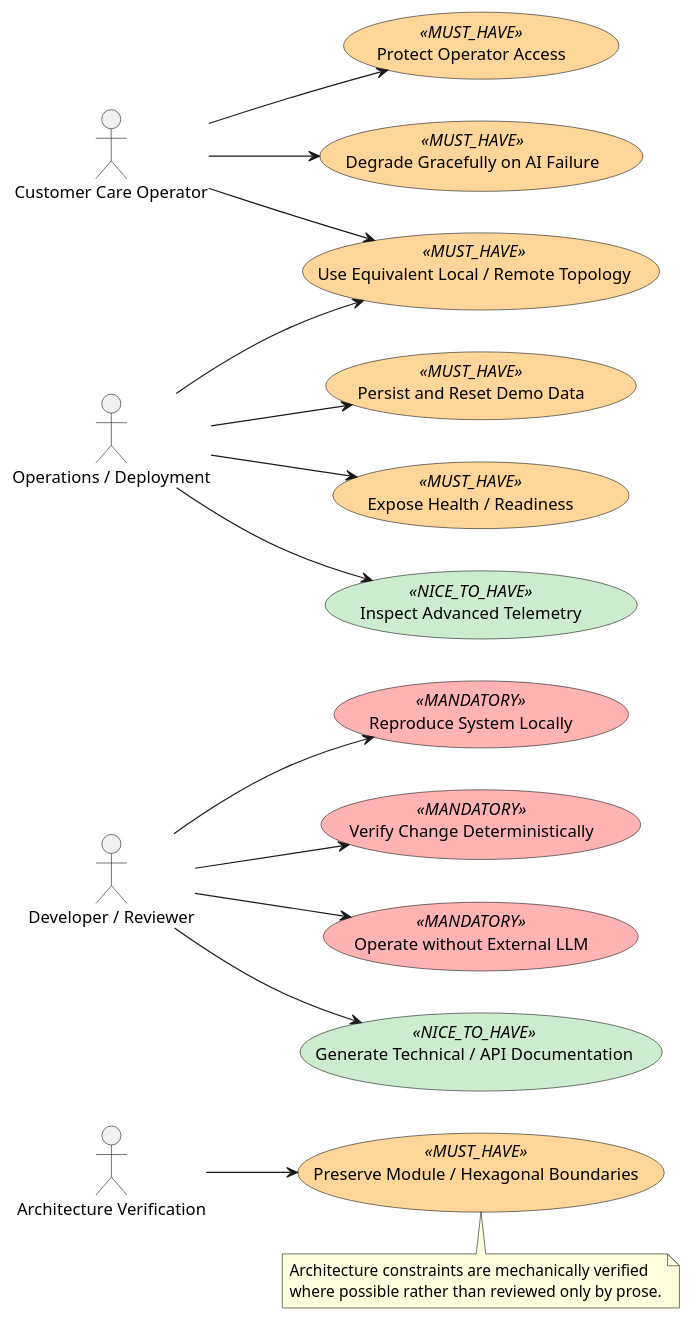
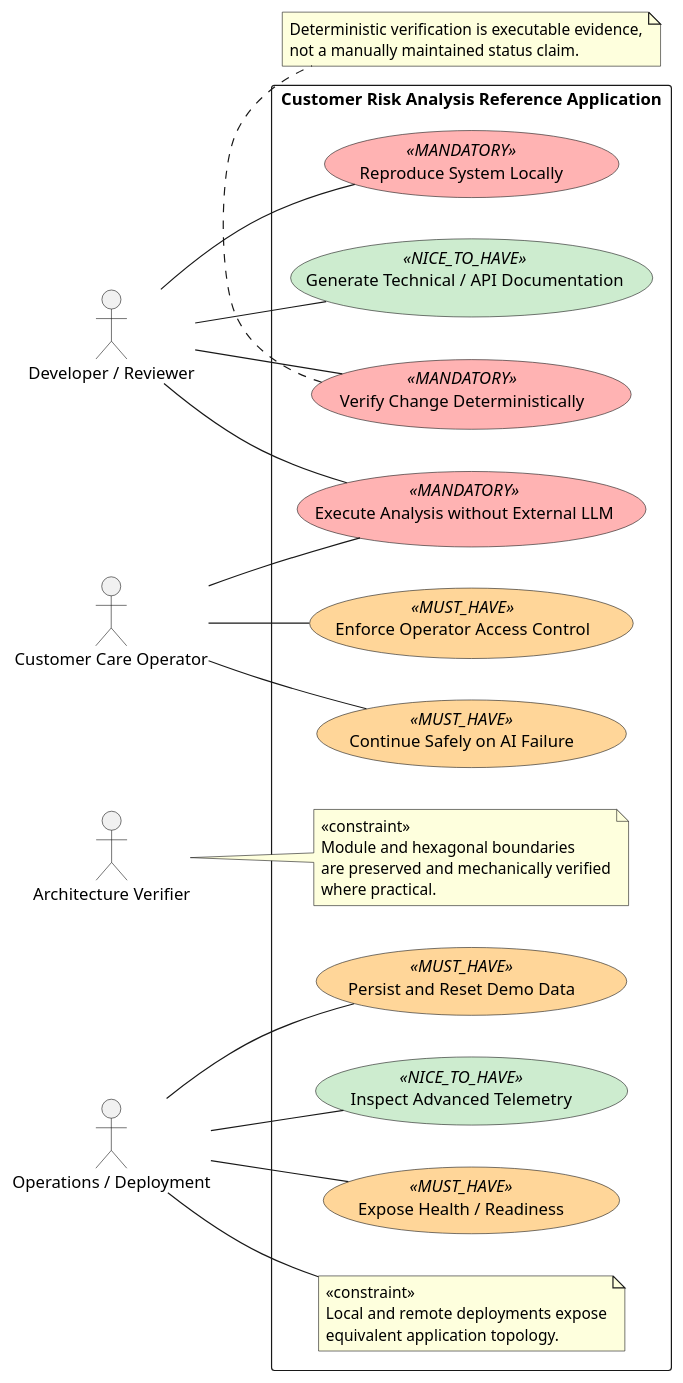
The diagram in docs/assignment/Inception/diagrams/inception-non-functional-use-cases.puml (jdoe-dev-159753/specgraph-reference-app), drawn with PlantUML before and after one commit.

Commit message:
docs: separate technical behaviors from constraints

```diff
--- a/docs/assignment/Inception/diagrams/inception-non-functional-use-cases.puml
+++ b/docs/assignment/Inception/diagrams/inception-non-functional-use-cases.puml
@@ -1,43 +1,46 @@
 @startuml
 left to right direction
 actor "Developer / Reviewer" as Dev
 actor "Customer Care Operator" as Operator
-actor "Architecture Verification" as Arch
+actor "Architecture Verifier" as Arch
 actor "Operations / Deployment" as Ops
 
 skinparam usecase {
   BackgroundColor<<MANDATORY>> #FFB3B3
   BackgroundColor<<MUST_HAVE>> #FFD699
   BackgroundColor<<NICE_TO_HAVE>> #CDECCF
 }
 
-usecase "Reproduce System Locally" as NF_Reproduce <<MANDATORY>>
-usecase "Verify Change Deterministically" as NF_Verify <<MANDATORY>>
-usecase "Operate without External LLM" as NF_OfflineAI <<MANDATORY>>
-usecase "Protect Operator Access" as NF_Access <<MUST_HAVE>>
-usecase "Preserve Module / Hexagonal Boundaries" as NF_Architecture <<MUST_HAVE>>
-usecase "Persist and Reset Demo Data" as NF_Data <<MUST_HAVE>>
-usecase "Use Equivalent Local / Remote Topology" as NF_Topology <<MUST_HAVE>>
-usecase "Degrade Gracefully on AI Failure" as NF_Degrade <<MUST_HAVE>>
-usecase "Expose Health / Readiness" as NF_Health <<MUST_HAVE>>
-usecase "Generate Technical / API Documentation" as NF_Docs <<NICE_TO_HAVE>>
-usecase "Inspect Advanced Telemetry" as NF_Telemetry <<NICE_TO_HAVE>>
+rectangle "Customer Risk Analysis Reference Application" as SystemBoundary {
+  usecase "Reproduce System Locally" as NF_Reproduce <<MANDATORY>>
+  usecase "Verify Change Deterministically" as NF_Verify <<MANDATORY>>
+  usecase "Execute Analysis without External LLM" as NF_OfflineAI <<MANDATORY>>
+  usecase "Enforce Operator Access Control" as NF_Access <<MUST_HAVE>>
+  usecase "Persist and Reset Demo Data" as NF_Data <<MUST_HAVE>>
+  usecase "Continue Safely on AI Failure" as NF_Degrade <<MUST_HAVE>>
+  usecase "Expose Health / Readiness" as NF_Health <<MUST_HAVE>>
+  usecase "Generate Technical / API Documentation" as NF_Docs <<NICE_TO_HAVE>>
+  usecase "Inspect Advanced Telemetry" as NF_Telemetry <<NICE_TO_HAVE>>
 
-Dev --> NF_Reproduce
-Dev --> NF_Verify
-Dev --> NF_OfflineAI
-Operator --> NF_Access
-Operator --> NF_Degrade
-Operator --> NF_Topology
-Arch --> NF_Architecture
-Ops --> NF_Data
-Ops --> NF_Topology
-Ops --> NF_Health
-Dev --> NF_Docs
-Ops --> NF_Telemetry
+  note "<<constraint>>\nModule and hexagonal boundaries\nare preserved and mechanically verified\nwhere practical." as C_Architecture
+  note "<<constraint>>\nLocal and remote deployments expose\nequivalent application topology." as C_Topology
+}
 
-note bottom of NF_Architecture
-  Architecture constraints are mechanically verified
-  where possible rather than reviewed only by prose.
+Dev -- NF_Reproduce
+Dev -- NF_Verify
+Dev -- NF_OfflineAI
+Dev -- NF_Docs
+Operator -- NF_Access
+Operator -- NF_OfflineAI
+Operator -- NF_Degrade
+Ops -- NF_Data
+Ops -- NF_Health
+Ops -- NF_Telemetry
+Arch -- C_Architecture
+Ops -- C_Topology
+
+note bottom of NF_Verify
+  Deterministic verification is executable evidence,
+  not a manually maintained status claim.
 end note
 @enduml
```
